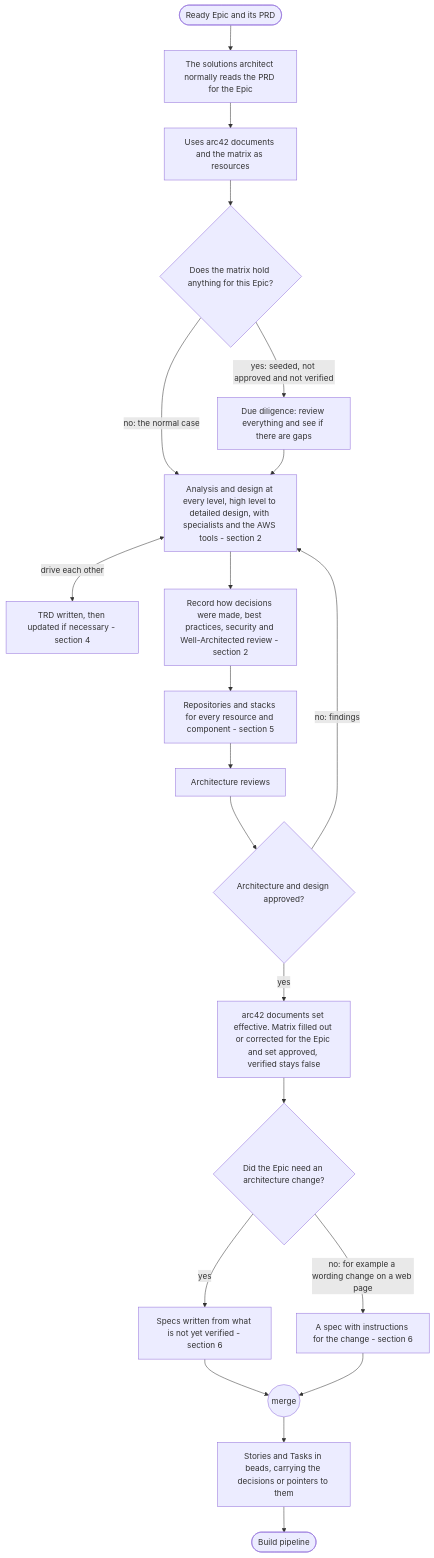
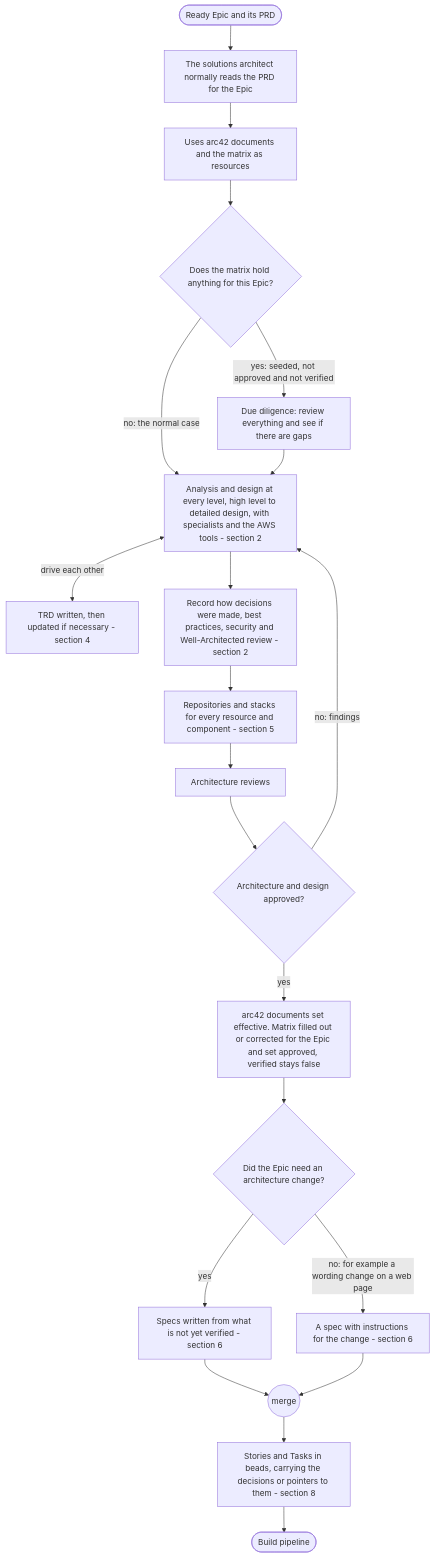
Before and after one commit to mark-satterfield/toolset: the first of 8 diagrams in plugins/agent-teams-workforce/blueprint/design/pipelines-elaboration.md, drawn with Mermaid. The commit also changed other lines of this file and 3 other files, not shown here.

````diff
--- a/plugins/agent-teams-workforce/blueprint/design/pipelines-elaboration.md
+++ b/plugins/agent-teams-workforce/blueprint/design/pipelines-elaboration.md
@@ -61,24 +59,24 @@
 ```mermaid
 flowchart TD
     start(["Ready Epic and its PRD"]) --> readPRD["The solutions architect normally reads the PRD for the Epic"]
     readPRD --> resources["Uses arc42 documents and the matrix as resources"]
     resources --> lookup{"Does the matrix hold anything for this Epic?"}
     lookup -->|"no: the normal case"| design
     lookup -->|"yes: seeded, not approved and not verified"| diligence["Due diligence: review everything and see if there are gaps"]
     diligence --> design
     design["Analysis and design at every level, high level to detailed design, with specialists and the AWS tools - section 2"]
     design <-->|"drive each other"| trd["TRD written, then updated if necessary - section 4"]
     design --> record["Record how decisions were made, best practices, security and Well-Architected review - section 2"]
     record --> repos["Repositories and stacks for every resource and component - section 5"]
     repos --> review["Architecture reviews"]
     review --> ok{"Architecture and design approved?"}
     ok -->|"no: findings"| design
     ok -->|"yes"| writes["arc42 documents set effective. Matrix filled out or corrected for the Epic and set approved, verified stays false"]
     writes --> archChange{"Did the Epic need an architecture change?"}
     archChange -->|"yes"| spec["Specs written from what is not yet verified - section 6"]
     archChange -->|"no: for example a wording change on a web page"| specNo["A spec with instructions for the change - section 6"]
     spec --> merge1(("merge"))
     specNo --> merge1
-    merge1 --> stories["Stories and Tasks in beads, carrying the decisions or pointers to them"]
+    merge1 --> stories["Stories and Tasks in beads, carrying the decisions or pointers to them - section 8"]
     stories --> done(["Build pipeline"])
 ```
````
